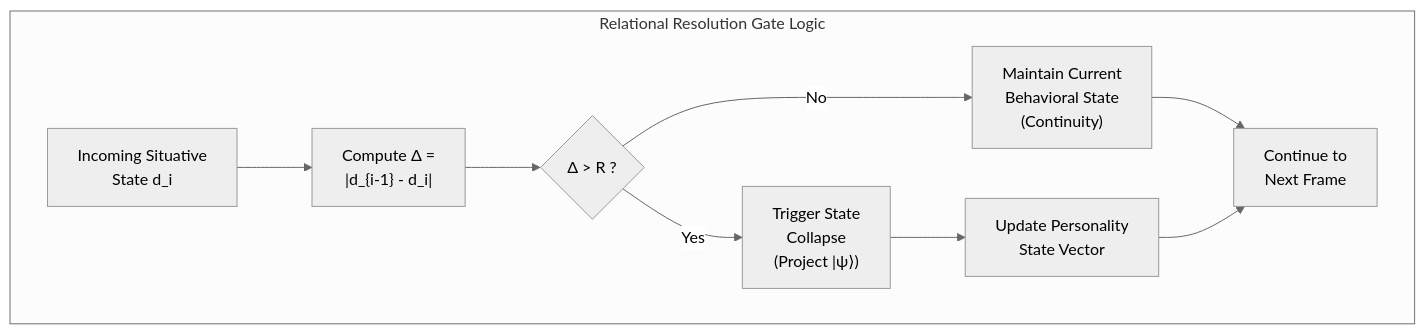
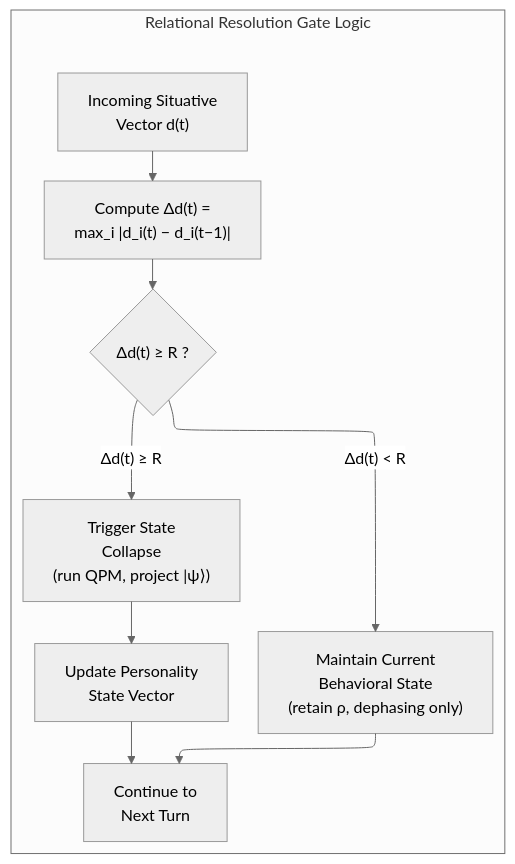
Before and after one commit to JustForCodin/Centaurian_Architecture_Implementation: the sixth of 19 diagrams in Interpretable_Architectures_Revised_v1.md, drawn with Mermaid (neutral theme). The commit also changed other lines of this file and 2 other files, not shown here.

````diff
--- a/Interpretable_Architectures_Revised_v1.md
+++ b/Interpretable_Architectures_Revised_v1.md
@@ -471,12 +492,13 @@
 ```mermaid
+%%{init: {"flowchart": {"defaultRenderer": "elk"}} }%%
 graph TD
     subgraph "Relational Resolution Gate Logic"
-        INPUT["Incoming Situative<br/>State d_i"] --> DELTA["Compute Δ =<br/>|d_{i-1} - d_i|"]
-        DELTA --> CHECK{"Δ > R ?"}
-        CHECK -->|"No"| HOLD["Maintain Current<br/>Behavioral State<br/>(Continuity)"]
-        CHECK -->|"Yes"| COLLAPSE["Trigger State<br/>Collapse<br/>(Project |ψ⟩)"]
+        INPUT["Incoming Situative<br/>Vector d(t)"] --> DELTA["Compute Δd(t) =<br/>max_i |d_i(t) − d_i(t−1)|"]
+        DELTA --> CHECK{"Δd(t) ≥ R ?"}
+        CHECK -->|"Δd(t) < R"| HOLD["Maintain Current<br/>Behavioral State<br/>(retain ρ, dephasing only)"]
+        CHECK -->|"Δd(t) ≥ R"| COLLAPSE["Trigger State<br/>Collapse<br/>(run QPM, project |ψ⟩)"]
         COLLAPSE --> UPDATE["Update Personality<br/>State Vector"]
-        HOLD --> NEXT["Continue to<br/>Next Frame"]
+        HOLD --> NEXT["Continue to<br/>Next Turn"]
         UPDATE --> NEXT
     end
 ```
````
